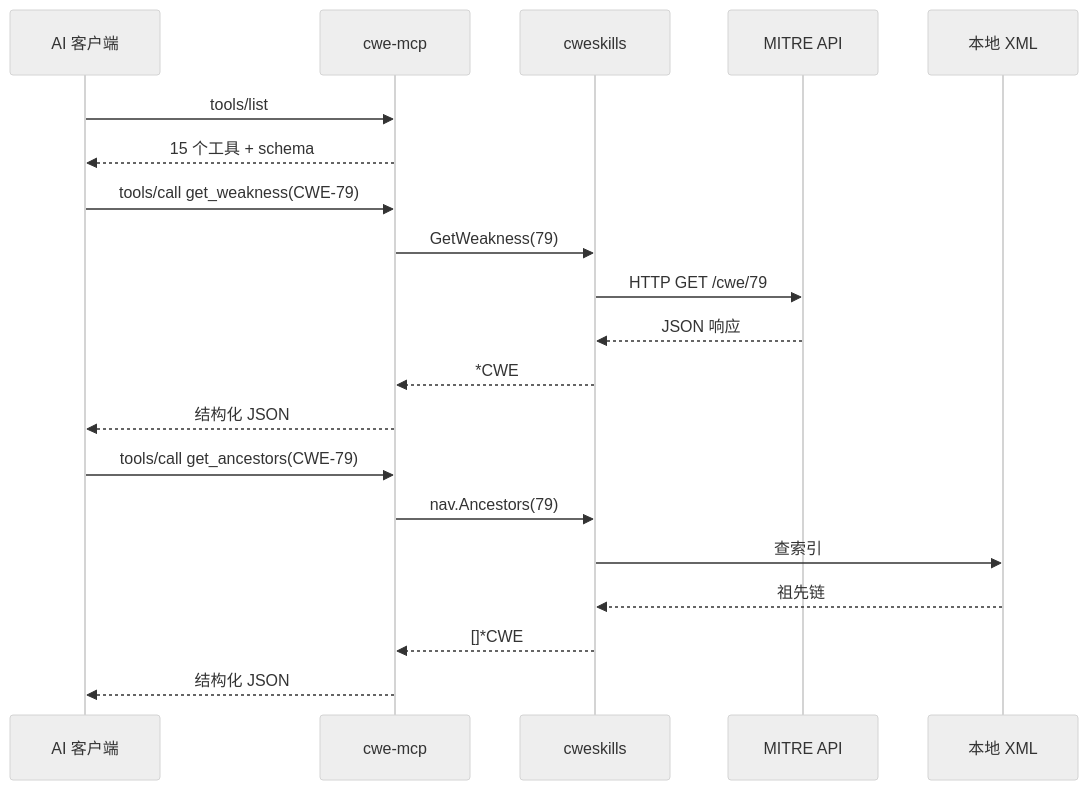
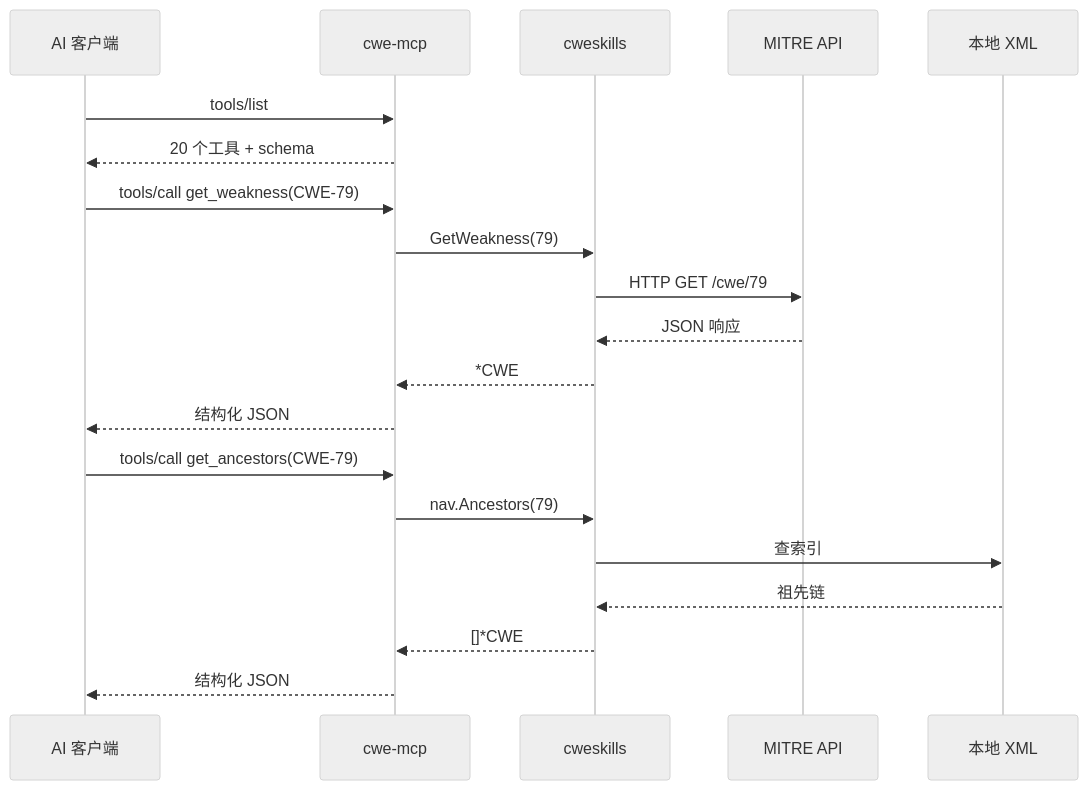
One commit to scagogogo/cwe-skills changed the second of 2 diagrams in website/guide/integration-mcp.md. Above: the diagram before and after it, drawn with Mermaid (neutral theme). The commit also changed other lines of this file and 4 other files, not shown here.

````diff
--- a/website/guide/integration-mcp.md
+++ b/website/guide/integration-mcp.md
@@ -147,25 +147,25 @@
 ```mermaid
 sequenceDiagram
     participant AI as AI 客户端
     participant MCP as cwe-mcp
     participant SDK as cweskills
     participant API as MITRE API
     participant XML as 本地 XML
 
     AI->>MCP: tools/list
-    MCP-->>AI: 15 个工具 + schema
+    MCP-->>AI: 20 个工具 + schema
 
     AI->>MCP: tools/call get_weakness(CWE-79)
     MCP->>SDK: GetWeakness(79)
     SDK->>API: HTTP GET /cwe/79
     API-->>SDK: JSON 响应
     SDK-->>MCP: *CWE
     MCP-->>AI: 结构化 JSON
 
     AI->>MCP: tools/call get_ancestors(CWE-79)
     MCP->>SDK: nav.Ancestors(79)
     SDK->>XML: 查索引
     XML-->>SDK: 祖先链
     SDK-->>MCP: []*CWE
     MCP-->>AI: 结构化 JSON
 ```
````
